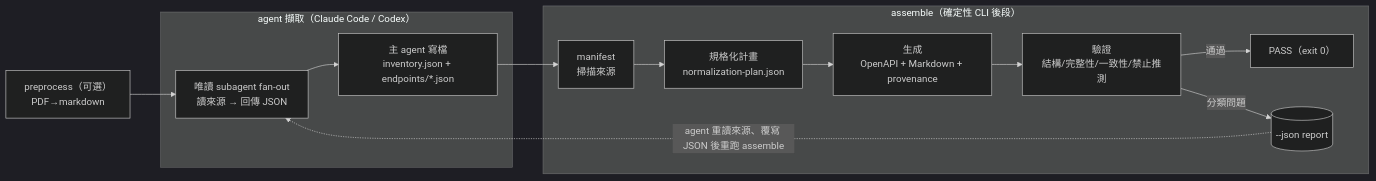
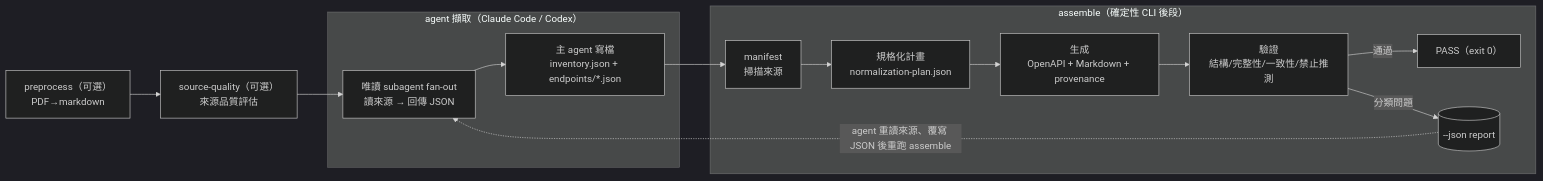
Before and after one commit to CarlLee1983/loop-apidoc: the first of 2 diagrams in docs/ARCHITECTURE.md, drawn with Mermaid (dark theme). The commit also changed other lines of this file and 11 other files, not shown here.

Commit message:
feat: retain source quality assessments in runs

````diff
--- a/docs/ARCHITECTURE.md
+++ b/docs/ARCHITECTURE.md
@@ -24,19 +24,20 @@
 ```mermaid
 flowchart LR
-    PRE["preprocess（可選）<br/>PDF→markdown"] --> EX
+    PRE["preprocess（可選）<br/>PDF→markdown"] --> SQ["source-quality（可選）<br/>來源品質評估"]
+    SQ --> EX
 
     subgraph AGENT["agent 擷取（Claude Code / Codex）"]
         EX["唯讀 subagent fan-out<br/>讀來源 → 回傳 JSON"] --> WR["主 agent 寫檔<br/>inventory.json + endpoints/*.json"]
     end
 
     subgraph CLI["assemble（確定性 CLI 後段）"]
         M["manifest<br/>掃描來源"] --> P["規格化計畫<br/>normalization-plan.json"]
         P --> G["生成<br/>OpenAPI + Markdown + provenance"]
         G --> V["驗證<br/>結構/完整性/一致性/禁止推測"]
         V -->|通過| OK["PASS（exit 0）"]
         V -->|分類問題| R[("--json report")]
     end
 
     WR --> M
     R -.agent 重讀來源、覆寫 JSON 後重跑 assemble.-> EX
 ```
````
